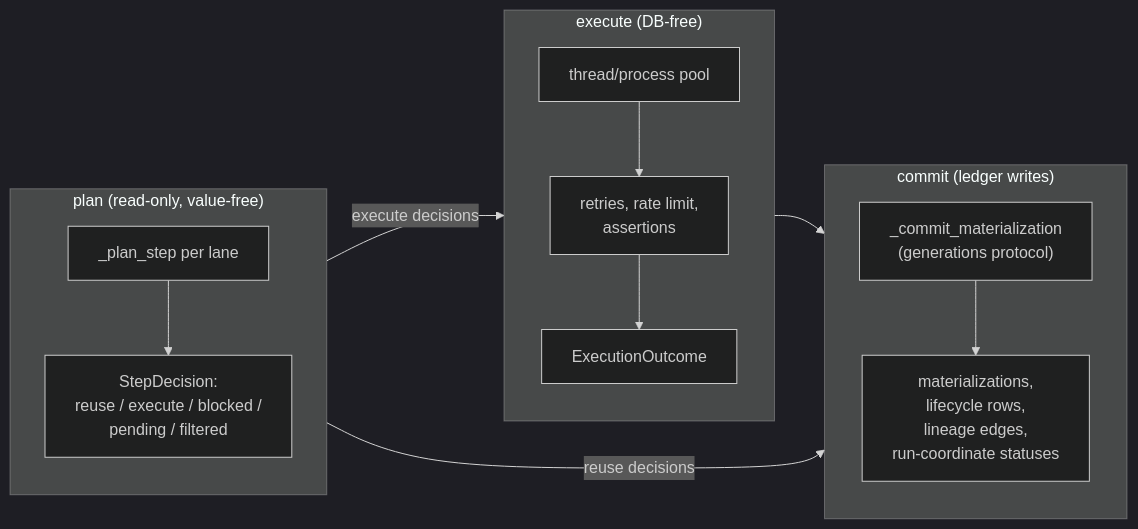
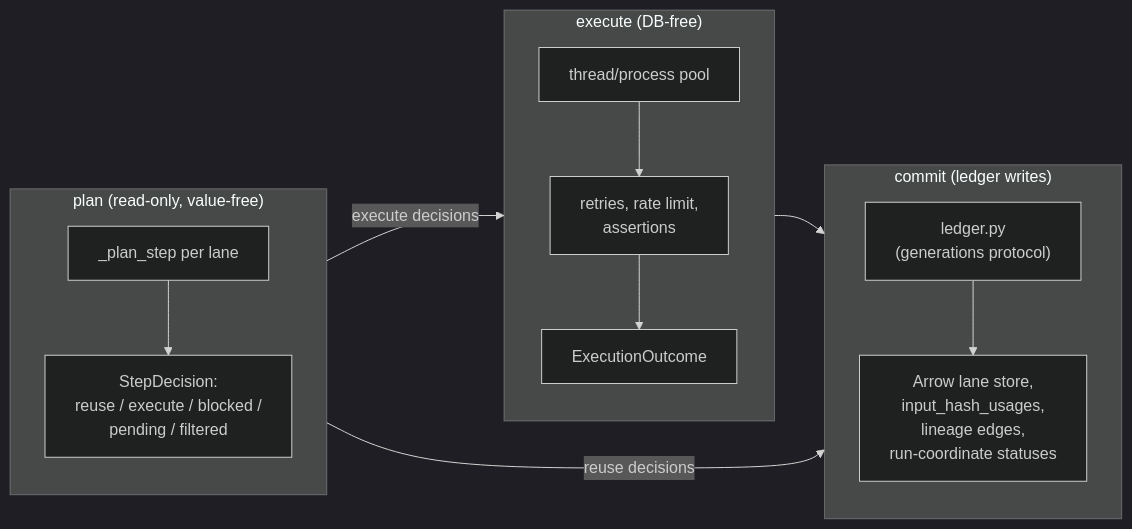
The diagram in docs/concepts/model.md (dinosaurav/Rubedo), drawn with Mermaid (dark theme) before and after one commit. The commit also changed other lines of this file and 5 other files, not shown here.

First line of the commit message:
docs,notes: fold shape docs + arrow store cache notes (pending tree work)

````diff
--- a/docs/concepts/model.md
+++ b/docs/concepts/model.md
@@ -137,14 +117,14 @@
 ```mermaid
 flowchart LR
     subgraph Plan["plan (read-only, value-free)"]
         P1["_plan_step per lane"] --> P2["StepDecision:\nreuse / execute / blocked /\npending / filtered"]
     end
     subgraph Execute["execute (DB-free)"]
         E1["thread/process pool"] --> E2["retries, rate limit,\nassertions"] --> E3["ExecutionOutcome"]
     end
     subgraph Commit["commit (ledger writes)"]
-        C1["_commit_materialization\n(generations protocol)"] --> C2["materializations,\nlifecycle rows,\nlineage edges,\nrun-coordinate statuses"]
+        C1["ledger.py\n(generations protocol)"] --> C2["Arrow lane store,\ninput_hash_usages,\nlineage edges,\nrun-coordinate statuses"]
     end
     Plan -->|execute decisions| Execute --> Commit
     Plan -->|reuse decisions| Commit
 ```
````
